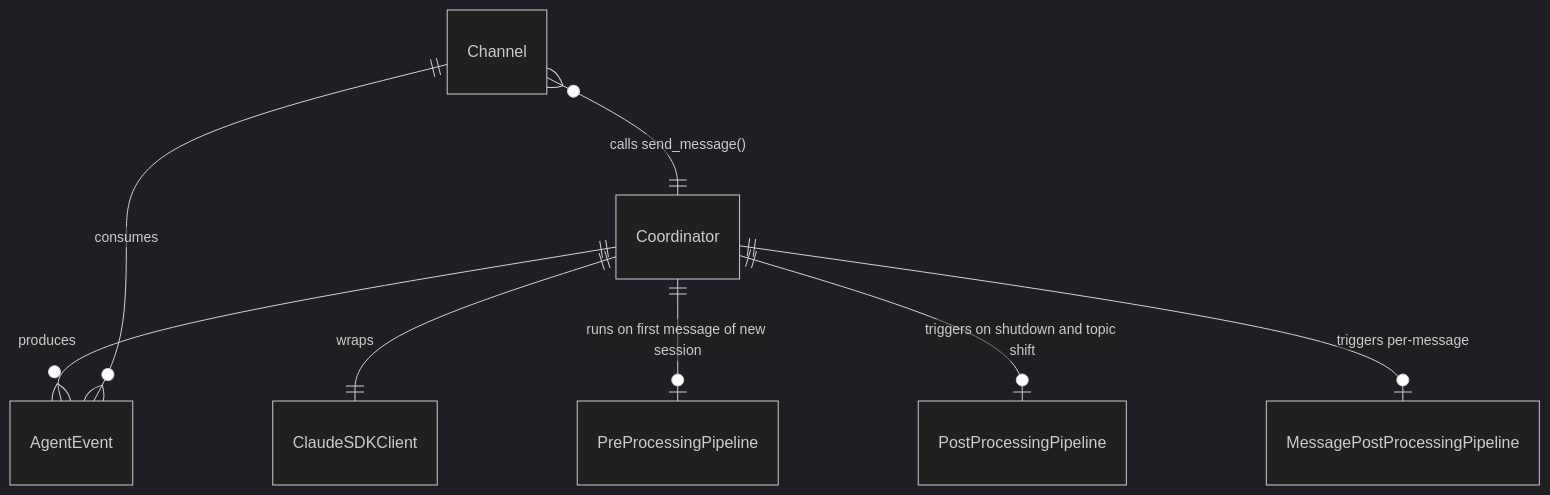
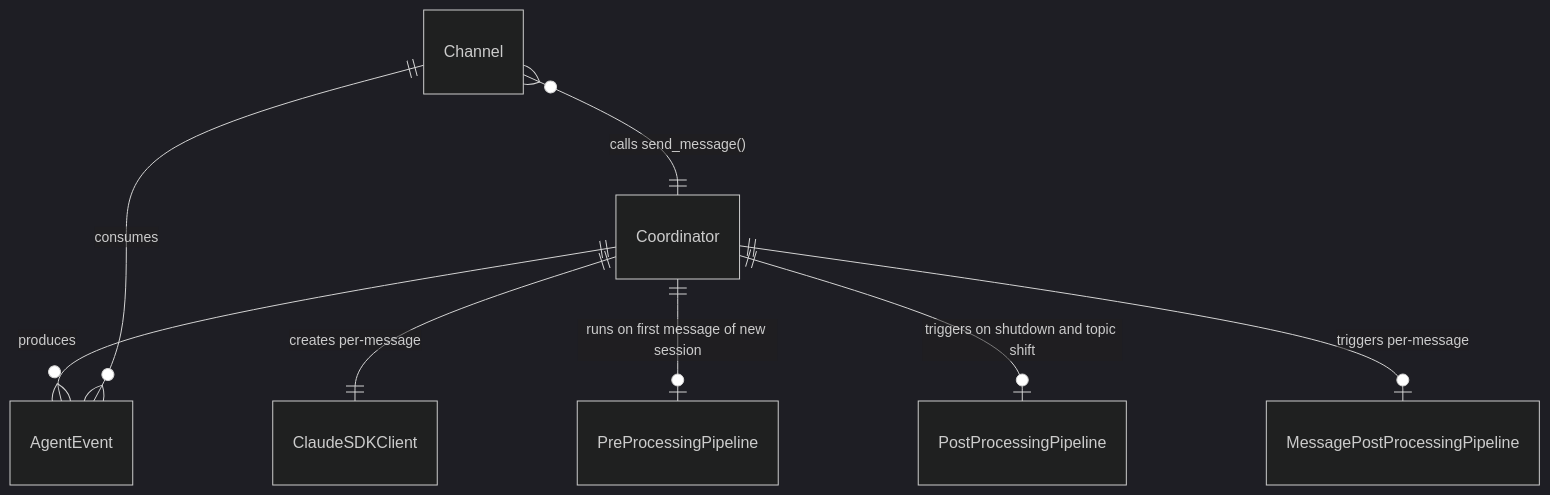
Before and after one commit to asermax/tachikoma: the second of 2 diagrams in docs/feature-designs/agent/core-architecture.md, drawn with Mermaid (dark theme). The commit also changed other lines of this file and 12 other files, not shown here.

````diff
--- a/docs/feature-designs/agent/core-architecture.md
+++ b/docs/feature-designs/agent/core-architecture.md
@@ -163,10 +164,10 @@
 ```mermaid
 erDiagram
-    Coordinator ||--|| ClaudeSDKClient : wraps
+    Coordinator ||--|| ClaudeSDKClient : "creates per-message"
     Coordinator ||--o{ AgentEvent : produces
     Coordinator ||--o| PreProcessingPipeline : "runs on first message of new session"
     Coordinator ||--o| PostProcessingPipeline : "triggers on shutdown and topic shift"
     Coordinator ||--o| MessagePostProcessingPipeline : "triggers per-message"
     Channel ||--o{ AgentEvent : consumes
     Channel }o--|| Coordinator : "calls send_message()"
 ```
````
